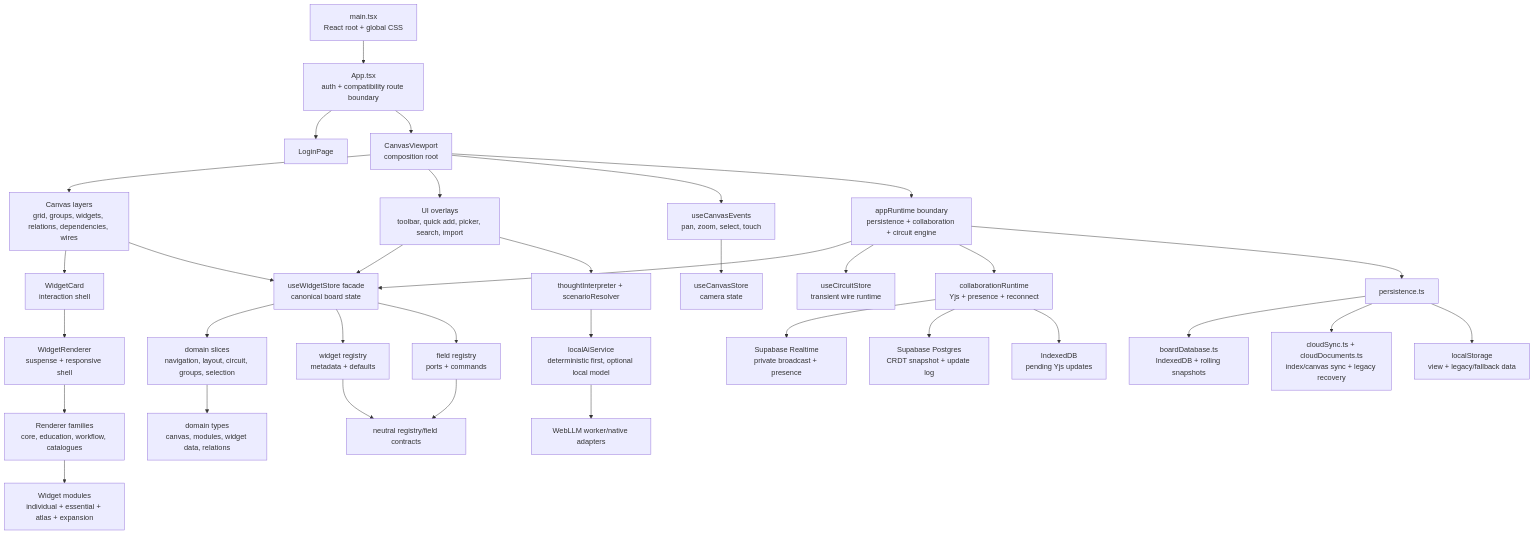
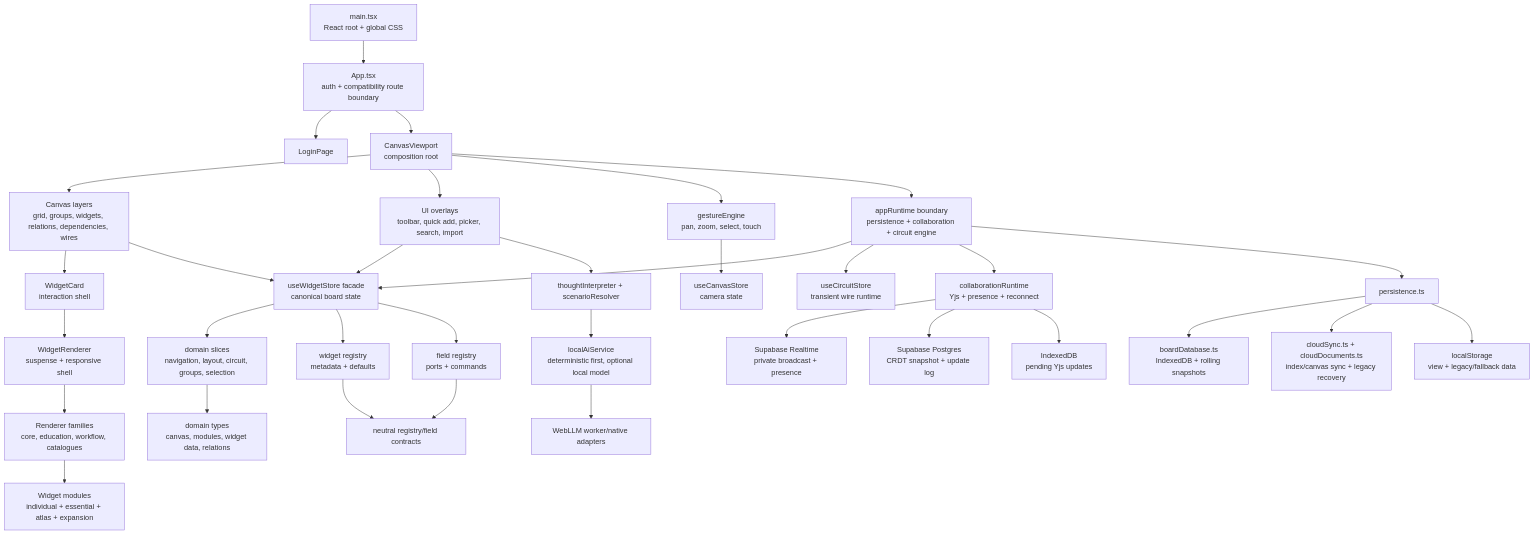
The first of 4 diagrams in docs/architecture-map.md (thenoodleheaded/grovepad), drawn with Mermaid before and after one commit. The commit also changed other lines of this file and 25 other files, not shown here.

First line of the commit message:
Canvas engine step 4: delete old pipeline, land camera core + gestures

````diff
--- a/docs/architecture-map.md
+++ b/docs/architecture-map.md
@@ -7,42 +7,42 @@
 ```mermaid
 flowchart TD
   Main["main.tsx\nReact root + global CSS"] --> App["App.tsx\nauth + compatibility route boundary"]
   App --> Login["LoginPage"]
   App --> Canvas["CanvasViewport\ncomposition root"]
 
   Canvas --> Layers["Canvas layers\ngrid, groups, widgets, relations, dependencies, wires"]
   Canvas --> UI["UI overlays\ntoolbar, quick add, picker, search, import"]
-  Canvas --> Events["useCanvasEvents\npan, zoom, select, touch"]
+  Canvas --> Events["gestureEngine\npan, zoom, select, touch"]
   Canvas --> Runtime["appRuntime boundary\npersistence + collaboration + circuit engine"]
 
   Layers --> WidgetCard["WidgetCard\ninteraction shell"]
   WidgetCard --> Renderer["WidgetRenderer\nsuspense + responsive shell"]
   Renderer --> Families["Renderer families\ncore, education, workflow, catalogues"]
   Families --> Modules["Widget modules\nindividual + essential + atlas + expansion"]
 
   UI --> WidgetStore["useWidgetStore facade\ncanonical board state"]
   Layers --> WidgetStore
   Events --> CanvasStore["useCanvasStore\ncamera state"]
   Runtime --> WidgetStore
   Runtime --> CircuitStore["useCircuitStore\ntransient wire runtime"]
   Runtime --> Collaboration["collaborationRuntime\nYjs + presence + reconnect"]
 
   WidgetStore --> Slices["domain slices\nnavigation, layout, circuit, groups, selection"]
   WidgetStore --> Registry["widget registry\nmetadata + defaults"]
   WidgetStore --> Fields["field registry\nports + commands"]
   Registry --> Contracts["neutral registry/field contracts"]
   Fields --> Contracts
   Slices --> Types["domain types\ncanvas, modules, widget data, relations"]
 
   Runtime --> Persistence["persistence.ts"]
   Persistence --> IndexedDB["boardDatabase.ts\nIndexedDB + rolling snapshots"]
   Persistence --> Cloud["cloudSync.ts + cloudDocuments.ts\nindex/canvas sync + legacy recovery"]
   Persistence --> LocalStorage["localStorage\nview + legacy/fallback data"]
   Collaboration --> Realtime["Supabase Realtime\nprivate broadcast + presence"]
   Collaboration --> DurableLog["Supabase Postgres\nCRDT snapshot + update log"]
   Collaboration --> OfflineQueue["IndexedDB\npending Yjs updates"]
 
   UI --> Thought["thoughtInterpreter + scenarioResolver"]
   Thought --> LocalAI["localAiService\ndeterministic first, optional local model"]
   LocalAI --> WebLLM["WebLLM worker/native adapters"]
 ```
````
